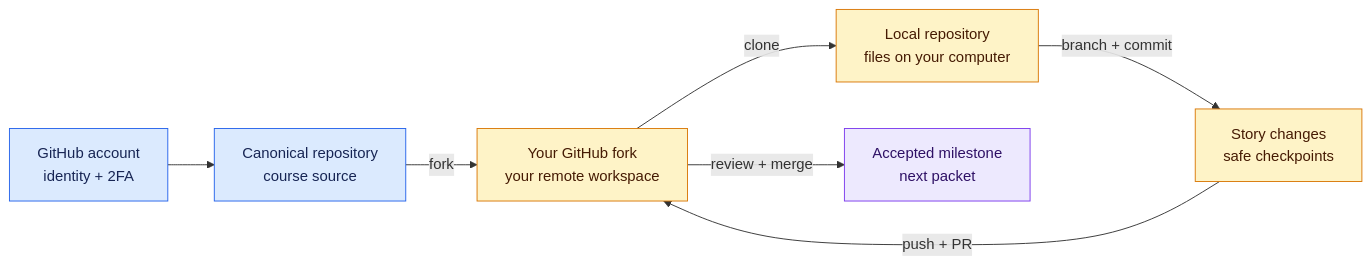
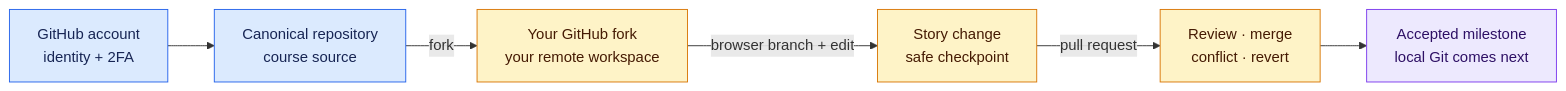
The diagram in curriculum/00-agency-onboarding.md (saliftankoano/pierre-build-program), drawn with Mermaid before and after one commit. The commit also changed other lines of this file and 110 other files, not shown here.

````diff
--- a/curriculum/00-agency-onboarding.md
+++ b/curriculum/00-agency-onboarding.md
@@ -12,16 +14,15 @@
 ```mermaid
 flowchart LR
     A["GitHub account<br/>identity + 2FA"] --> B["Canonical repository<br/>course source"]
     B -->|"fork"| C["Your GitHub fork<br/>your remote workspace"]
-    C -->|"clone"| D["Local repository<br/>files on your computer"]
-    D -->|"branch + commit"| E["Story changes<br/>safe checkpoints"]
-    E -->|"push + PR"| C
-    C -->|"review + merge"| F["Accepted milestone<br/>next packet"]
+    C -->|"browser branch + edit"| D["Story change<br/>safe checkpoint"]
+    D -->|"pull request"| E["Review · merge<br/>conflict · revert"]
+    E --> F["Accepted milestone<br/>local Git comes next"]
 
     classDef account fill:#dbeafe,stroke:#2563eb,color:#172554;
     classDef git fill:#fef3c7,stroke:#d97706,color:#451a03;
     classDef review fill:#ede9fe,stroke:#7c3aed,color:#2e1065;
     class A,B account;
     class C,D,E git;
     class F review;
 ```
````
